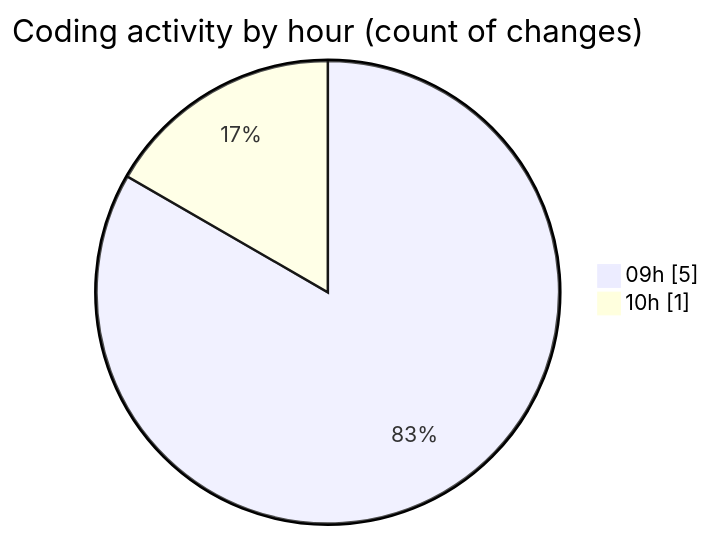
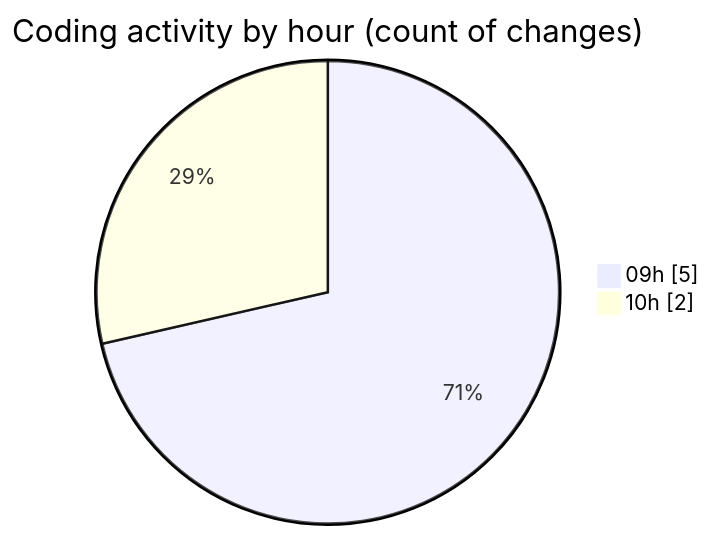
The second of 2 diagrams in 2025-06-13/ecodeli-1/README.md (CELIANVF/code-tracking), drawn with Mermaid before and after one commit. The commit also changed other lines of this file and 1 other file, not shown here.

````diff
--- a/2025-06-13/ecodeli-1/README.md
+++ b/2025-06-13/ecodeli-1/README.md
@@ -28,6 +29,6 @@
 ```mermaid
 pie showData
 title Coding activity by hour (count of changes)
 "09h" : 5
-"10h" : 1
+"10h" : 2
 ```
````
